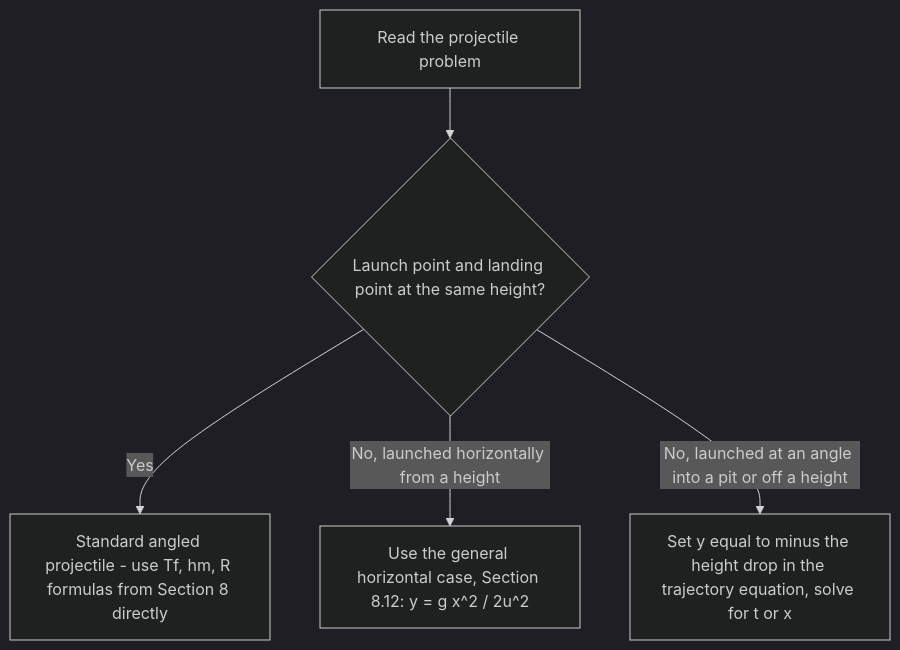
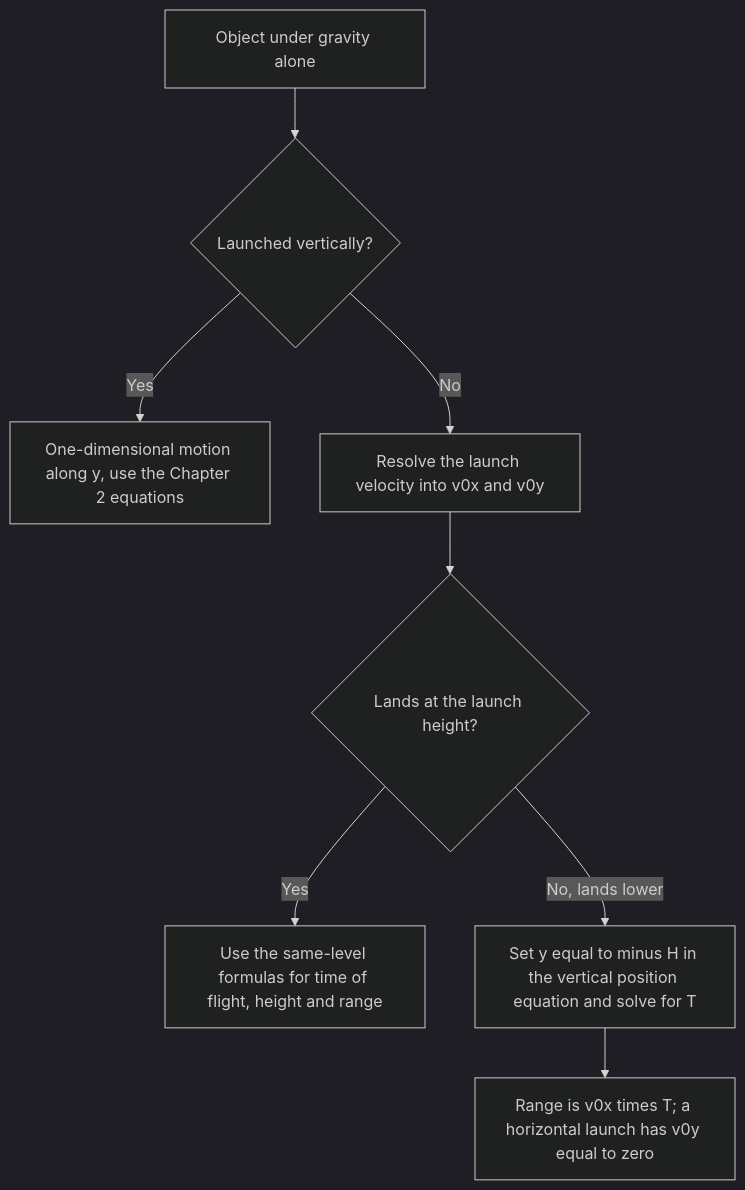
One commit to fsr-science/NCERT-Science changed the third of 4 diagrams in AI-NOTES/PHYSICS/PHYSICS03-MOTION_IN_A_PLANE/PHYSICS03-MOTION_IN_A_PLANE-NOTES.md. Above: the diagram before and after it, drawn with Mermaid (dark theme). The commit also changed other lines of this file and 1 other file, not shown here.

````diff
--- a/AI-NOTES/PHYSICS/PHYSICS03-MOTION_IN_A_PLANE/PHYSICS03-MOTION_IN_A_PLANE-NOTES.md
+++ b/AI-NOTES/PHYSICS/PHYSICS03-MOTION_IN_A_PLANE/PHYSICS03-MOTION_IN_A_PLANE-NOTES.md
@@ -1454,7 +1637,10 @@
 ```mermaid
 flowchart TD
-    A[Read the projectile problem] --> B{Launch point and landing point at the same height?}
-    B -- Yes --> C[Standard angled projectile - use Tf, hm, R formulas from Section 8 directly]
-    B -- No, launched horizontally from a height --> D[Use the general horizontal case, Section 8.12: y = g x^2 / 2u^2]
-    B -- No, launched at an angle into a pit or off a height --> E[Set y equal to minus the height drop in the trajectory equation, solve for t or x]
+    A["Object under gravity alone"] --> B{"Launched vertically?"}
+    B -->|"Yes"| C["One-dimensional motion along y, use the Chapter 2 equations"]
+    B -->|"No"| D["Resolve the launch velocity into v0x and v0y"]
+    D --> E{"Lands at the launch height?"}
+    E -->|"Yes"| F["Use the same-level formulas for time of flight, height and range"]
+    E -->|"No, lands lower"| G["Set y equal to minus H in the vertical position equation and solve for T"]
+    G --> H["Range is v0x times T; a horizontal launch has v0y equal to zero"]
 ```
````
